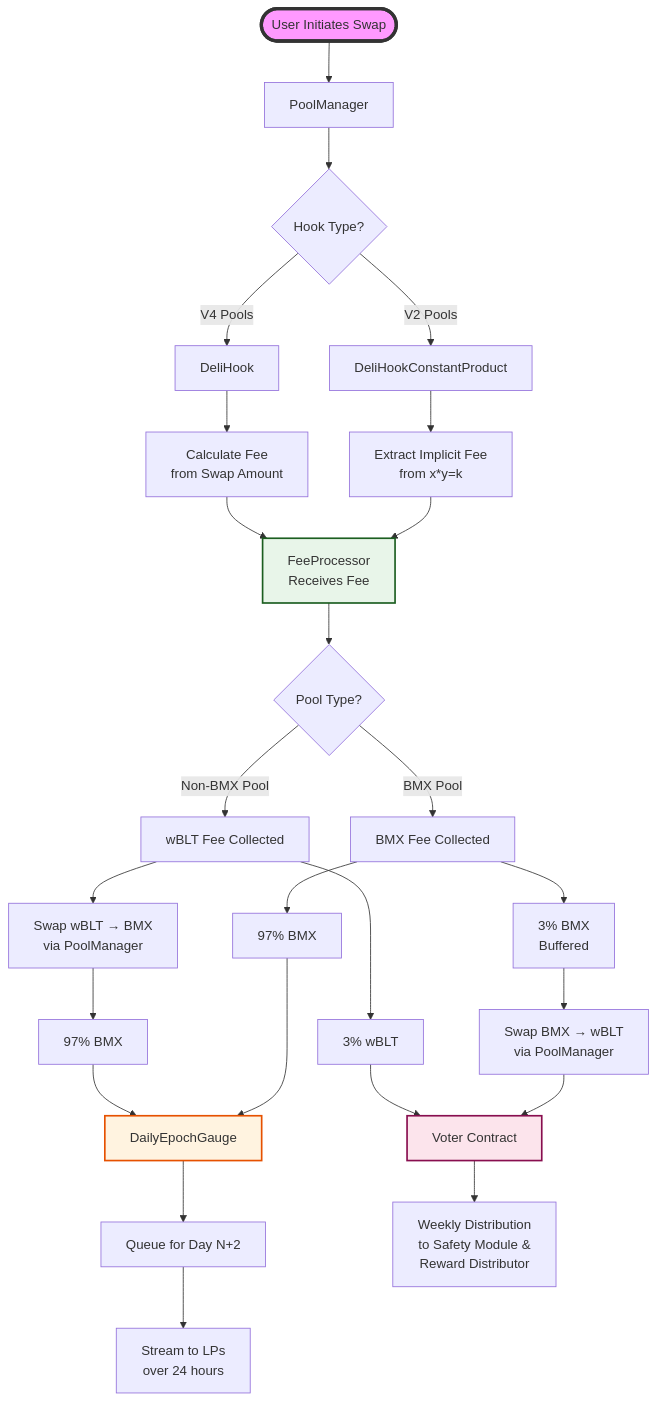
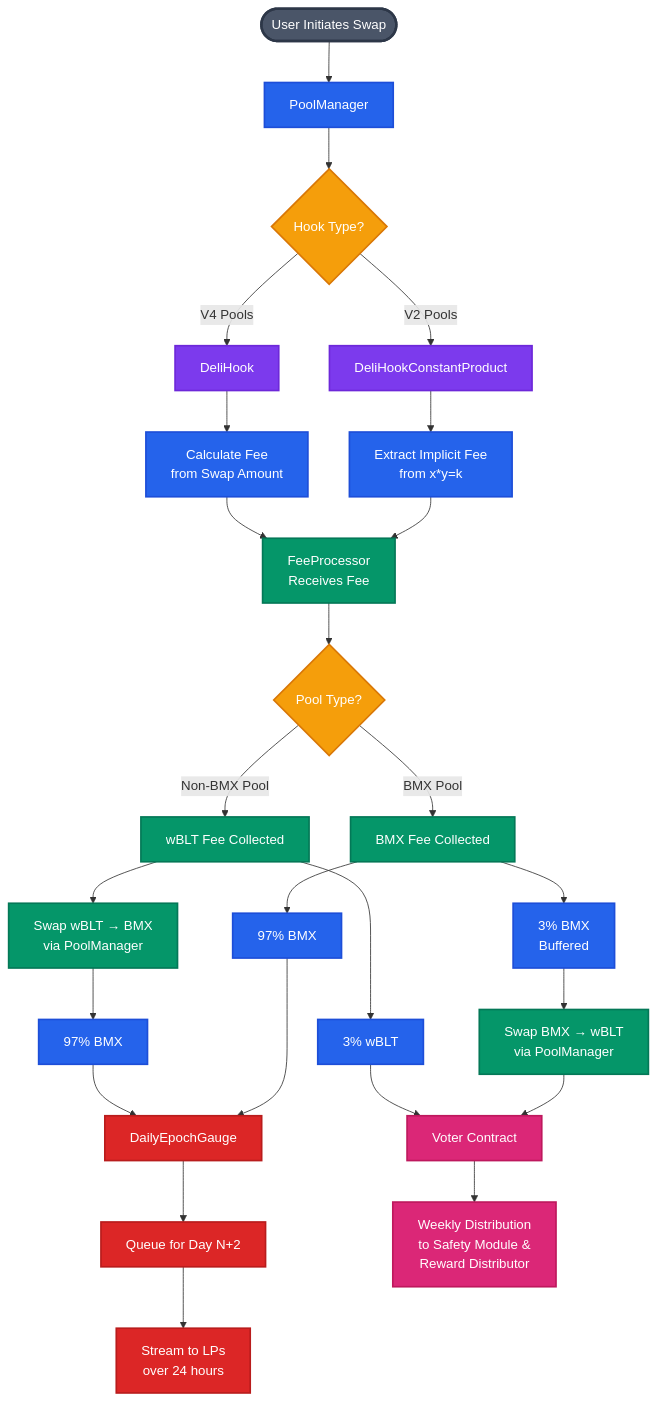
One commit to morphex-labs/deli-swap-contracts changed the second of 3 diagrams in README.md. Above: the diagram before and after it, drawn with Mermaid. The commit also changed other lines of this file, not shown here.

Commit message:
fix: diagram colors

````diff
--- a/README.md
+++ b/README.md
@@ -284,42 +284,54 @@
 ```mermaid
 flowchart TB
     Start([User Initiates Swap]) --> PM[PoolManager]
     PM --> Hook{Hook Type?}
     
     Hook -->|V4 Pools| DH[DeliHook]
     Hook -->|V2 Pools| DHCP[DeliHookConstantProduct]
     
     DH --> CalcFee1[Calculate Fee<br/>from Swap Amount]
     DHCP --> CalcFee2[Extract Implicit Fee<br/>from x*y=k]
     
     CalcFee1 --> FP[FeeProcessor<br/>Receives Fee]
     CalcFee2 --> FP
     
     FP --> PoolType{Pool Type?}
     
     PoolType -->|Non-BMX Pool| WBLTPath[wBLT Fee Collected]
     PoolType -->|BMX Pool| BMXPath[BMX Fee Collected]
     
     WBLTPath --> Buyback[Swap wBLT → BMX<br/>via PoolManager]
     Buyback --> Split1[97% BMX]
     WBLTPath --> Split2[3% wBLT]
     
     BMXPath --> Split3[97% BMX]
     BMXPath --> Split4[3% BMX<br/>Buffered]
     
     Split1 --> DEG[DailyEpochGauge]
     Split2 --> Voter[Voter Contract]
     Split3 --> DEG
     Split4 --> Buyback2[Swap BMX → wBLT<br/>via PoolManager]
     Buyback2 --> Voter
     
     DEG --> Queue[Queue for Day N+2]
     Queue --> Stream[Stream to LPs<br/>over 24 hours]
     
     Voter --> GOV[Weekly Distribution<br/>to Safety Module &<br/>Reward Distributor]
     
-    style Start fill:#f9f,stroke:#333,stroke-width:4px
-    style FP fill:#e8f5e9,stroke:#1b5e20,stroke-width:2px
-    style DEG fill:#fff3e0,stroke:#e65100,stroke-width:2px
-    style Voter fill:#fce4ec,stroke:#880e4f,stroke-width:2px
+    %% Define styles with good contrast
+    classDef startStyle fill:#4a5568,stroke:#2d3748,stroke-width:3px,color:#ffffff
+    classDef hookStyle fill:#7c3aed,stroke:#6d28d9,stroke-width:2px,color:#ffffff
+    classDef feeStyle fill:#059669,stroke:#047857,stroke-width:2px,color:#ffffff
+    classDef rewardStyle fill:#dc2626,stroke:#b91c1c,stroke-width:2px,color:#ffffff
+    classDef govStyle fill:#db2777,stroke:#be185d,stroke-width:2px,color:#ffffff
+    classDef processStyle fill:#2563eb,stroke:#1d4ed8,stroke-width:2px,color:#ffffff
+    classDef decisionStyle fill:#f59e0b,stroke:#d97706,stroke-width:2px,color:#ffffff
+    
+    class Start startStyle
+    class DH,DHCP hookStyle
+    class FP,WBLTPath,BMXPath,Buyback,Buyback2 feeStyle
+    class DEG,Queue,Stream rewardStyle
+    class Voter,GOV govStyle
+    class PM,CalcFee1,CalcFee2,Split1,Split2,Split3,Split4 processStyle
+    class Hook,PoolType decisionStyle
 ```
````
